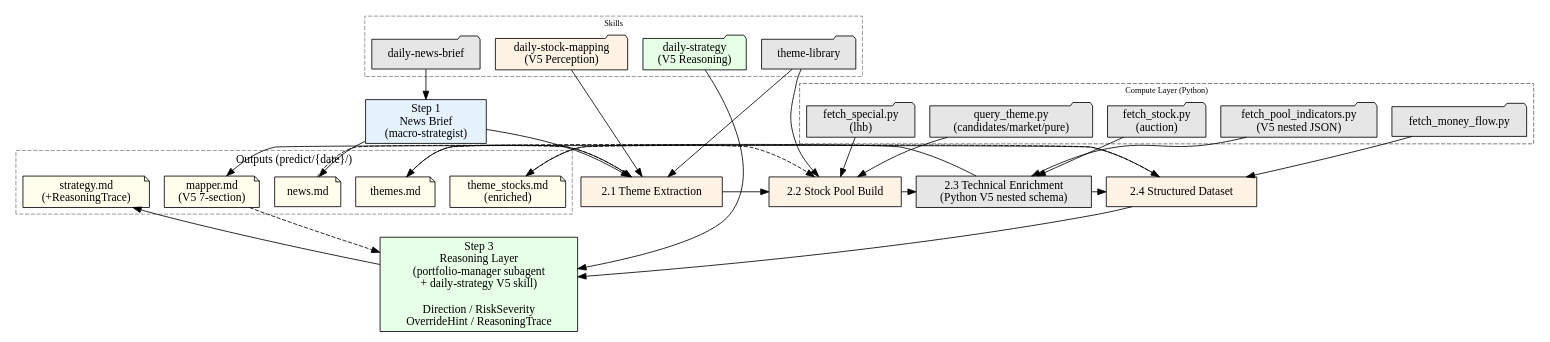
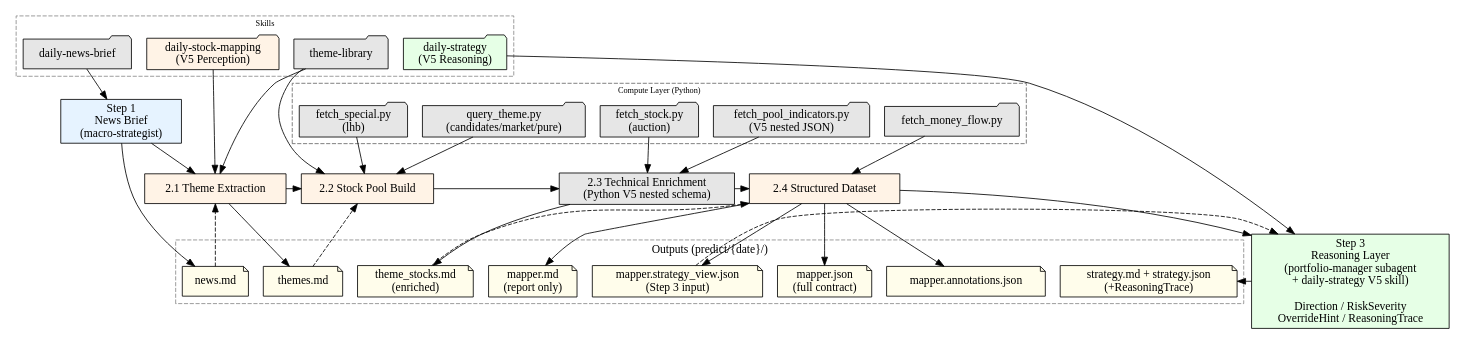
One commit to mysll/ashare-pilot changed the diagram in .opencode/skills/daily-market-analysis/SKILL.md. Above: the diagram before and after it, drawn with Graphviz. The commit also changed other lines of this file and 10 other files, not shown here.

Commit message:
feat: add json-first mapper contract

```diff
--- a/.opencode/skills/daily-market-analysis/SKILL.md
+++ b/.opencode/skills/daily-market-analysis/SKILL.md
@@ -78,8 +78,11 @@
         "news.md" [shape=note, style=filled, fillcolor="#fffdeb"];
         "themes.md" [shape=note, style=filled, fillcolor="#fffdeb"];
         "theme_stocks.md\n(enriched)" [shape=note, style=filled, fillcolor="#fffdeb"];
-        "mapper.md\n(V5 7-section)" [shape=note, style=filled, fillcolor="#fffdeb"];
-        "strategy.md\n(+ReasoningTrace)" [shape=note, style=filled, fillcolor="#fffdeb"];
+        "mapper.annotations.json" [shape=note, style=filled, fillcolor="#fffdeb"];
+        "mapper.json\n(full contract)" [shape=note, style=filled, fillcolor="#fffdeb"];
+        "mapper.strategy_view.json\n(Step 3 input)" [shape=note, style=filled, fillcolor="#fffdeb"];
+        "mapper.md\n(report only)" [shape=note, style=filled, fillcolor="#fffdeb"];
+        "strategy.md + strategy.json\n(+ReasoningTrace)" [shape=note, style=filled, fillcolor="#fffdeb"];
     }
 
     // Main pipeline flow
@@ -93,8 +96,11 @@
     "Step 1: News Brief" -> "news.md";
     "2.1 Theme Extraction" -> "themes.md";
     "2.3 Technical Enrichment\n(Python V5 nested schema)" -> "theme_stocks.md\n(enriched)";
-    "2.4 Structured Dataset" -> "mapper.md\n(V5 7-section)";
-    "Step 3: Reasoning" -> "strategy.md\n(+ReasoningTrace)";
+    "2.4 Structured Dataset" -> "mapper.annotations.json";
+    "2.4 Structured Dataset" -> "mapper.json\n(full contract)";
+    "2.4 Structured Dataset" -> "mapper.strategy_view.json\n(Step 3 input)";
+    "2.4 Structured Dataset" -> "mapper.md\n(report only)";
+    "Step 3: Reasoning" -> "strategy.md + strategy.json\n(+ReasoningTrace)";
 
     // Skill feeds
     "daily-news-brief" -> "Step 1: News Brief";
@@ -114,7 +120,7 @@
     "themes.md" -> "2.2 Stock Pool Build" [style=dashed];
     "theme_stocks.md\n(enriched)" -> "2.4 Structured Dataset" [style=dashed];
     "news.md" -> "2.1 Theme Extraction" [style=dashed];
-    "mapper.md\n(V5 7-section)" -> "Step 3: Reasoning" [style=dashed];
+    "mapper.strategy_view.json\n(Step 3 input)" -> "Step 3: Reasoning" [style=dashed];
 
     // V5 architecture annotation
     { rank=same; "2.1 Theme Extraction" "2.2 Stock Pool Build" "2.3 Technical Enrichment\n(Python V5 nested schema)" "2.4 Structured Dataset" }
```
